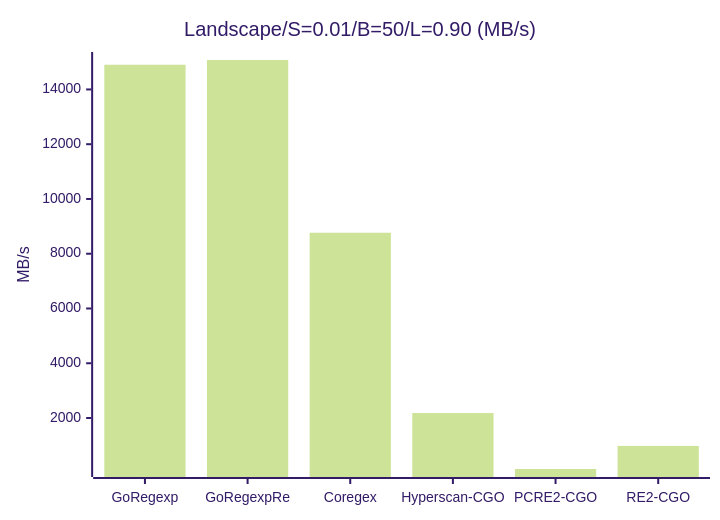
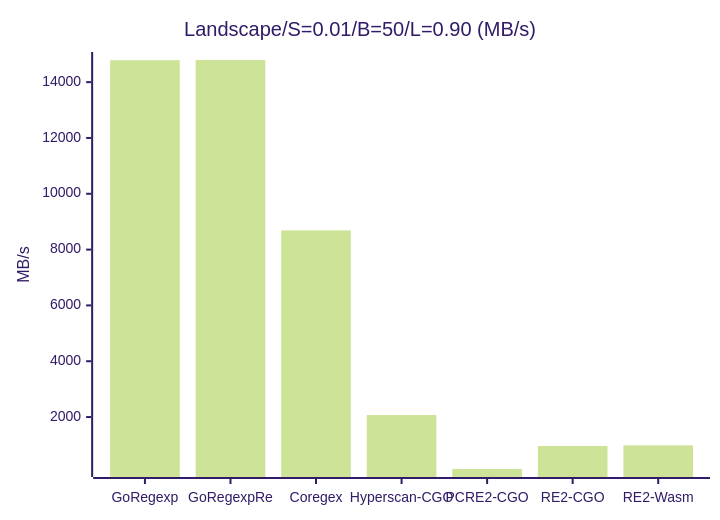
Before and after one commit to kamichidu/go-regexp-re: diagram 13 of 47 in _benchmark_results/cgo_engines.md, drawn with Mermaid (forest theme). The commit also changed other lines of this file and 1 other file, not shown here.

````diff
--- a/_benchmark_results/cgo_engines.md
+++ b/_benchmark_results/cgo_engines.md
@@ -214,7 +214,7 @@
 ```mermaid
 xychart-beta
     title "Landscape/S=0.01/B=50/L=0.90 (MB/s)"
-    x-axis ["GoRegexp", "GoRegexpRe", "Coregex", "Hyperscan-CGO", "PCRE2-CGO", "RE2-CGO"]
+    x-axis ["GoRegexp", "GoRegexpRe", "Coregex", "Hyperscan-CGO", "PCRE2-CGO", "RE2-CGO", "RE2-Wasm"]
     y-axis "MB/s"
-    bar [14902.40, 15075.39, 8766.85, 2181.38, 137.71, 981.17]
+    bar [14787.36, 14793.43, 8688.95, 2072.71, 138.57, 962.77, 985.25]
 ```
````
